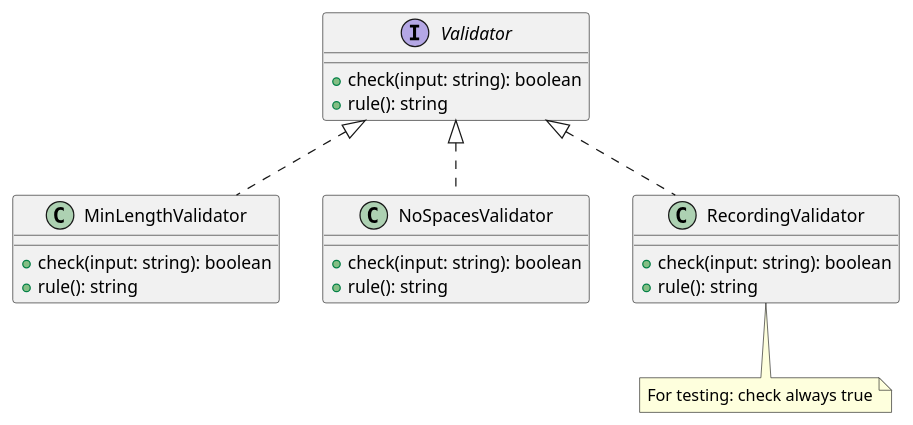
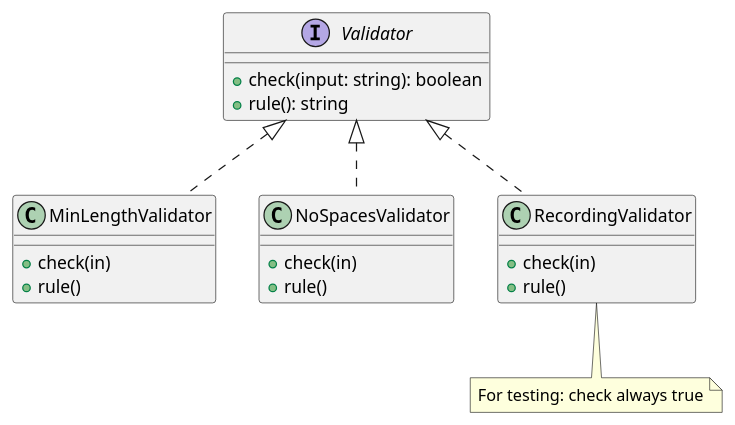
Before and after one commit to ubccpsc/210: the fifth of 5 diagrams in docs/part2/06_boundaries.md, drawn with PlantUML. The commit also changed other lines of this file and 5 other files, not shown here.

Commit message:
more diagram improvements; center diagrams (works locally, need to check with 210 prefix)

````diff
--- a/docs/part2/06_boundaries.md
+++ b/docs/part2/06_boundaries.md
@@ -315,23 +315,23 @@
 ```plantuml
 @startuml
 
 interface Validator
 
 Validator <|.. MinLengthValidator
 Validator <|.. NoSpacesValidator
 
 Validator <|.. RecordingValidator
 note "For testing: check always true" as N1
 RecordingValidator .. N1
 
 Validator : +check(input: string): boolean
 Validator : +rule(): string
-MinLengthValidator : +check(input: string): boolean
-MinLengthValidator : +rule(): string
-NoSpacesValidator : +check(input: string): boolean
-NoSpacesValidator : +rule(): string
-RecordingValidator : +check(input: string): boolean
-RecordingValidator : +rule(): string
+MinLengthValidator : +check(in)
+MinLengthValidator : +rule()
+NoSpacesValidator : +check(in)
+NoSpacesValidator : +rule()
+RecordingValidator : +check(in)
+RecordingValidator : +rule()
 
 @enduml
 ```
````
